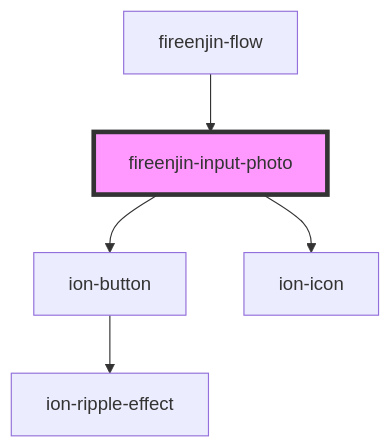
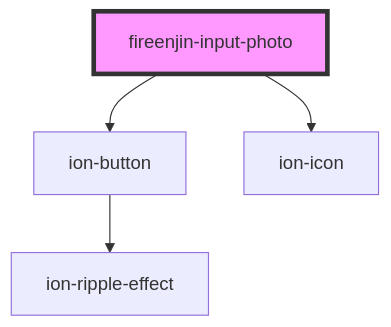
One commit to FireEnjin/Components changed the diagram in src/components/input-photo/readme.md. Above: the diagram before and after it, drawn with Mermaid. The commit also changed other lines of this file and 18 other files, not shown here.

````diff
--- a/src/components/input-photo/readme.md
+++ b/src/components/input-photo/readme.md
@@ -61,8 +57,7 @@
 ```mermaid
 graph TD;
   fireenjin-input-photo --> ion-button
   fireenjin-input-photo --> ion-icon
   ion-button --> ion-ripple-effect
-  fireenjin-flow --> fireenjin-input-photo
   style fireenjin-input-photo fill:#f9f,stroke:#333,stroke-width:4px
 ```
````
